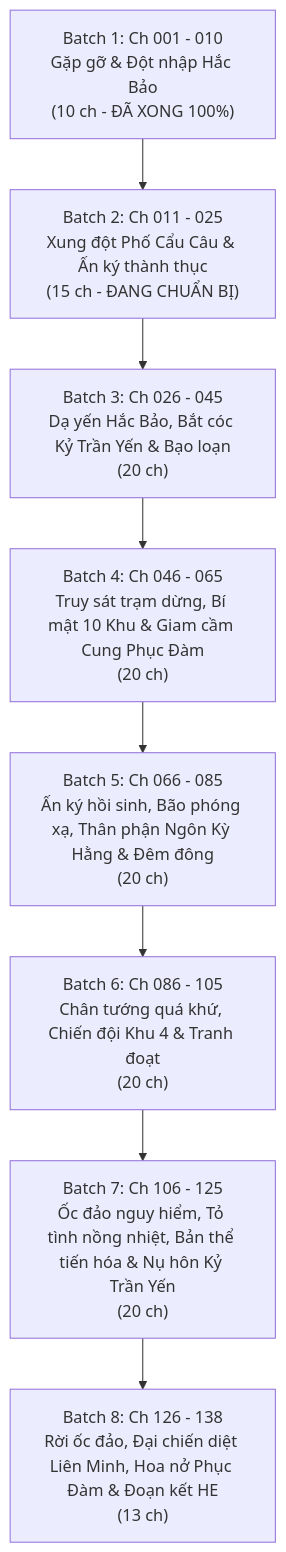
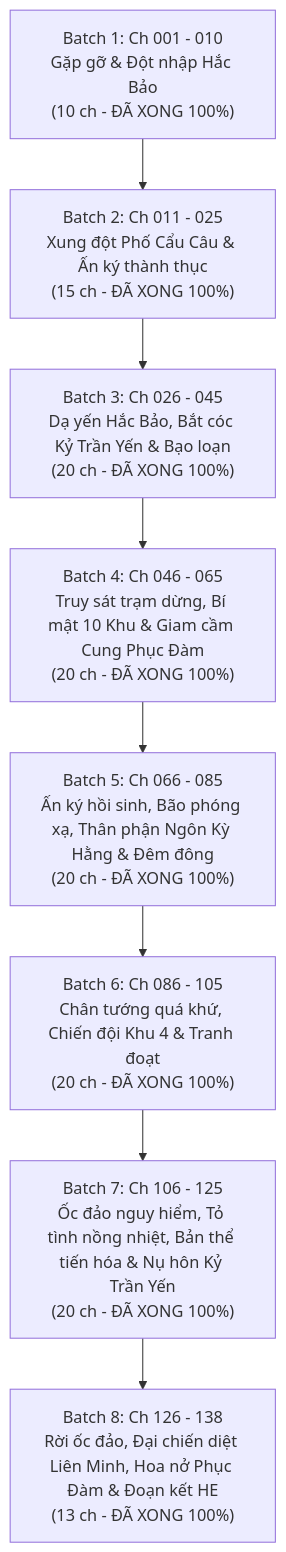
One commit to RinYuki-sclass/trans-assistant changed the diagram in novel_projects/lau-dai-den-phuc-dam/PLAN.md. Above: the diagram before and after it, drawn with Mermaid. The commit also changed other lines of this file and 151 other files, not shown here.

````diff
--- a/novel_projects/lau-dai-den-phuc-dam/PLAN.md
+++ b/novel_projects/lau-dai-den-phuc-dam/PLAN.md
@@ -32,10 +32,10 @@
 ```mermaid
 graph TD
-    A["Batch 1: Ch 001 - 010<br/>Gặp gỡ & Đột nhập Hắc Bảo<br/>(10 ch - ĐÃ XONG 100%)"] --> B["Batch 2: Ch 011 - 025<br/>Xung đột Phố Cẩu Câu & Ấn ký thành thục<br/>(15 ch - ĐANG CHUẨN BỊ)"]
-    B --> C["Batch 3: Ch 026 - 045<br/>Dạ yến Hắc Bảo, Bắt cóc Kỷ Trần Yến & Bạo loạn<br/>(20 ch)"]
-    C --> D["Batch 4: Ch 046 - 065<br/>Truy sát trạm dừng, Bí mật 10 Khu & Giam cầm Cung Phục Đàm<br/>(20 ch)"]
-    D --> E["Batch 5: Ch 066 - 085<br/>Ấn ký hồi sinh, Bão phóng xạ, Thân phận Ngôn Kỳ Hằng & Đêm đông<br/>(20 ch)"]
-    E --> F["Batch 6: Ch 086 - 105<br/>Chân tướng quá khứ, Chiến đội Khu 4 & Tranh đoạt<br/>(20 ch)"]
-    F --> G["Batch 7: Ch 106 - 125<br/>Ốc đảo nguy hiểm, Tỏ tình nồng nhiệt, Bản thể tiến hóa & Nụ hôn Kỷ Trần Yến<br/>(20 ch)"]
-    G --> H["Batch 8: Ch 126 - 138<br/>Rời ốc đảo, Đại chiến diệt Liên Minh, Hoa nở Phục Đàm & Đoạn kết HE<br/>(13 ch)"]
+    A["Batch 1: Ch 001 - 010<br/>Gặp gỡ & Đột nhập Hắc Bảo<br/>(10 ch - ĐÃ XONG 100%)"] --> B["Batch 2: Ch 011 - 025<br/>Xung đột Phố Cẩu Câu & Ấn ký thành thục<br/>(15 ch - ĐÃ XONG 100%)"]
+    B --> C["Batch 3: Ch 026 - 045<br/>Dạ yến Hắc Bảo, Bắt cóc Kỷ Trần Yến & Bạo loạn<br/>(20 ch - ĐÃ XONG 100%)"]
+    C --> D["Batch 4: Ch 046 - 065<br/>Truy sát trạm dừng, Bí mật 10 Khu & Giam cầm Cung Phục Đàm<br/>(20 ch - ĐÃ XONG 100%)"]
+    D --> E["Batch 5: Ch 066 - 085<br/>Ấn ký hồi sinh, Bão phóng xạ, Thân phận Ngôn Kỳ Hằng & Đêm đông<br/>(20 ch - ĐÃ XONG 100%)"]
+    E --> F["Batch 6: Ch 086 - 105<br/>Chân tướng quá khứ, Chiến đội Khu 4 & Tranh đoạt<br/>(20 ch - ĐÃ XONG 100%)"]
+    F --> G["Batch 7: Ch 106 - 125<br/>Ốc đảo nguy hiểm, Tỏ tình nồng nhiệt, Bản thể tiến hóa & Nụ hôn Kỷ Trần Yến<br/>(20 ch - ĐÃ XONG 100%)"]
+    G --> H["Batch 8: Ch 126 - 138<br/>Rời ốc đảo, Đại chiến diệt Liên Minh, Hoa nở Phục Đàm & Đoạn kết HE<br/>(13 ch - ĐÃ XONG 100%)"]
 ```
````
